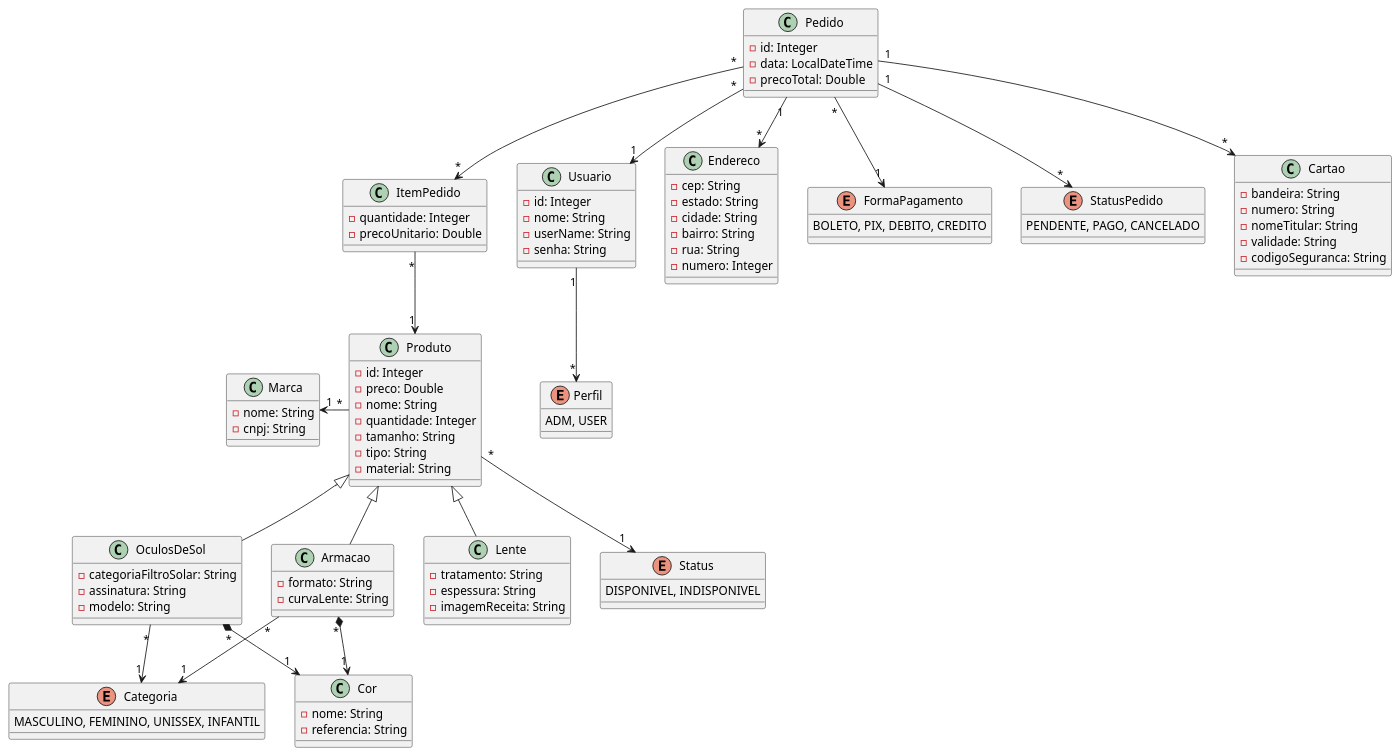
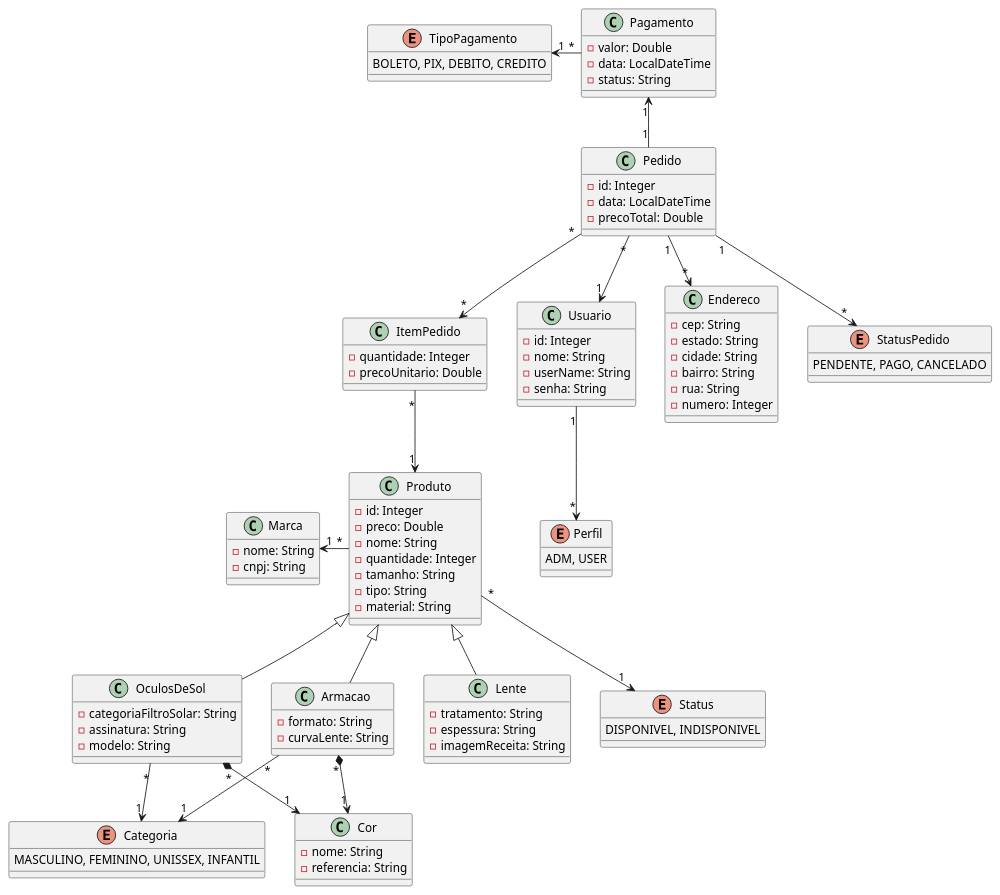
Before and after one commit to ja1vctr/TP1-otica-quarkus: the diagram in uml/otica.puml, drawn with PlantUML. The commit also changed 18 other files, not shown here.

```diff
--- a/uml/otica.puml
+++ b/uml/otica.puml
@@ -1,112 +1,113 @@
 @startuml
 class Produto {
     - id: Integer
     - preco: Double
     - nome: String
     - quantidade: Integer
     - tamanho: String
     - tipo: String
     - material: String
 }
 
 class OculosDeSol extends Produto {
     - categoriaFiltroSolar: String
     - assinatura: String
     - modelo: String
 }
 
 class Armacao extends Produto {
     - formato: String
     - curvaLente: String
 }
 
 class Lente extends Produto{
     - tratamento: String
     - espessura: String
     - imagemReceita: String
 }
 
 class Pedido {
     - id: Integer
     - data: LocalDateTime
     - precoTotal: Double
 }
 
 class ItemPedido {
     - quantidade: Integer
     - precoUnitario: Double
 }
 
 class Usuario {
     - id: Integer
     - nome: String
     - userName: String
     - senha: String
 }
 
 class Endereco {
     - cep: String
     - estado: String
     - cidade: String
     - bairro: String
     - rua: String
     - numero: Integer
 }
 
-enum FormaPagamento {
+class Pagamento {
+    - valor: Double
+    - data: LocalDateTime
+    - status: String
+}
+
+enum TipoPagamento {
     BOLETO, PIX, DEBITO, CREDITO
 }
+
 
 enum Categoria {
     MASCULINO, FEMININO, UNISSEX, INFANTIL
 }
 
 enum StatusPedido {
     PENDENTE, PAGO, CANCELADO
 }
 
 enum Status {
     DISPONIVEL, INDISPONIVEL
 }
 enum Perfil {
     ADM, USER
 }
 
-class Cartao {
-    - bandeira: String
-    - numero: String
-    - nomeTitular: String
-    - validade: String
-    - codigoSeguranca: String
-}
 
 class Cor {
     - nome: String
     - referencia: String
 }
 
 Class Marca { 
     - nome: String
     - cnpj: String
 }
 
 Armacao     "*" *--> "1" Cor
 Armacao     "*"  --> "1" Categoria
 
 Produto     "*" -left-> "1"  Marca
 Produto     "*" --> "1"  Status
 
 OculosDeSol "*" *--> "1" Cor
 OculosDeSol "*"  --> "1" Categoria
 
 Pedido      "*" --> "1"  Usuario
 Pedido      "*" --> "*"  ItemPedido
-Pedido      "*" --> "1"  FormaPagamento
 Pedido      "1" --> "*"  Endereco
-Pedido      "1" --> "*"  Cartao
 Pedido      "1" --> "*"  StatusPedido
+Pedido      "1" -up-> "1"  Pagamento
+
+Pagamento   "*" -left-> "1"  TipoPagamento
 
 ItemPedido  "*" --> "1"  Produto
 
 Usuario     "1" --> "*"  Perfil
 @enduml
```
